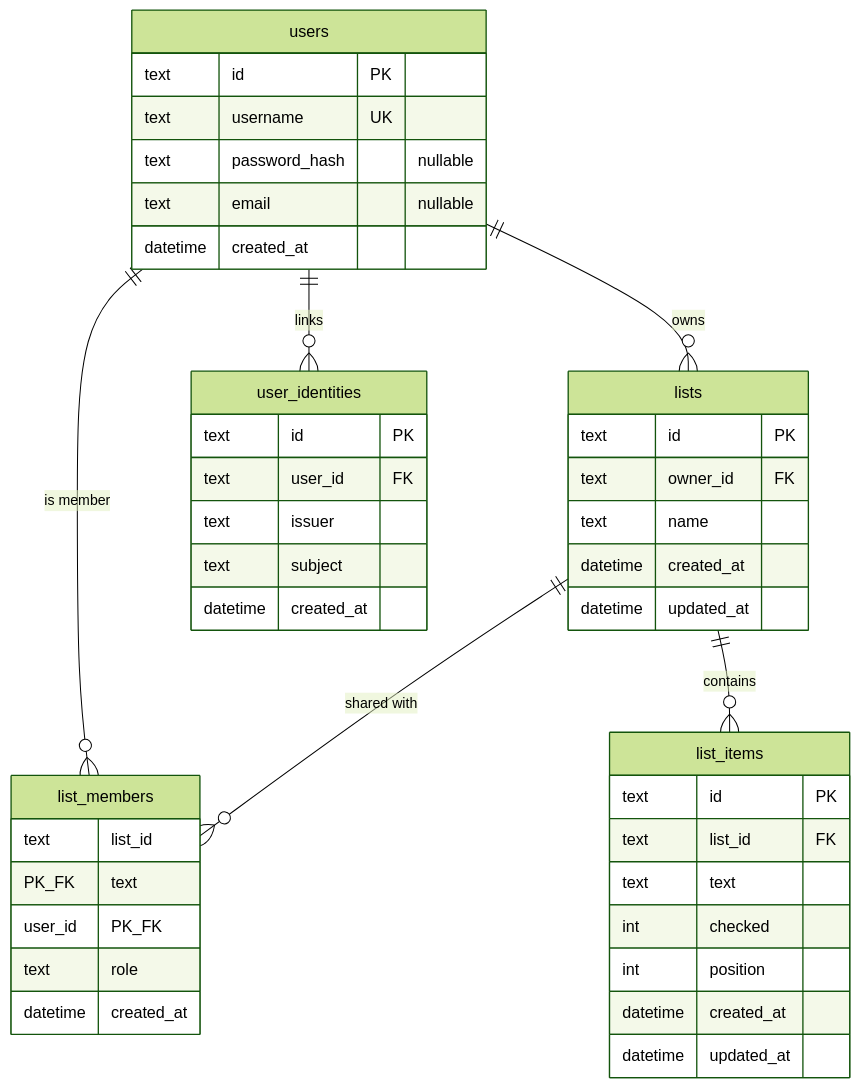
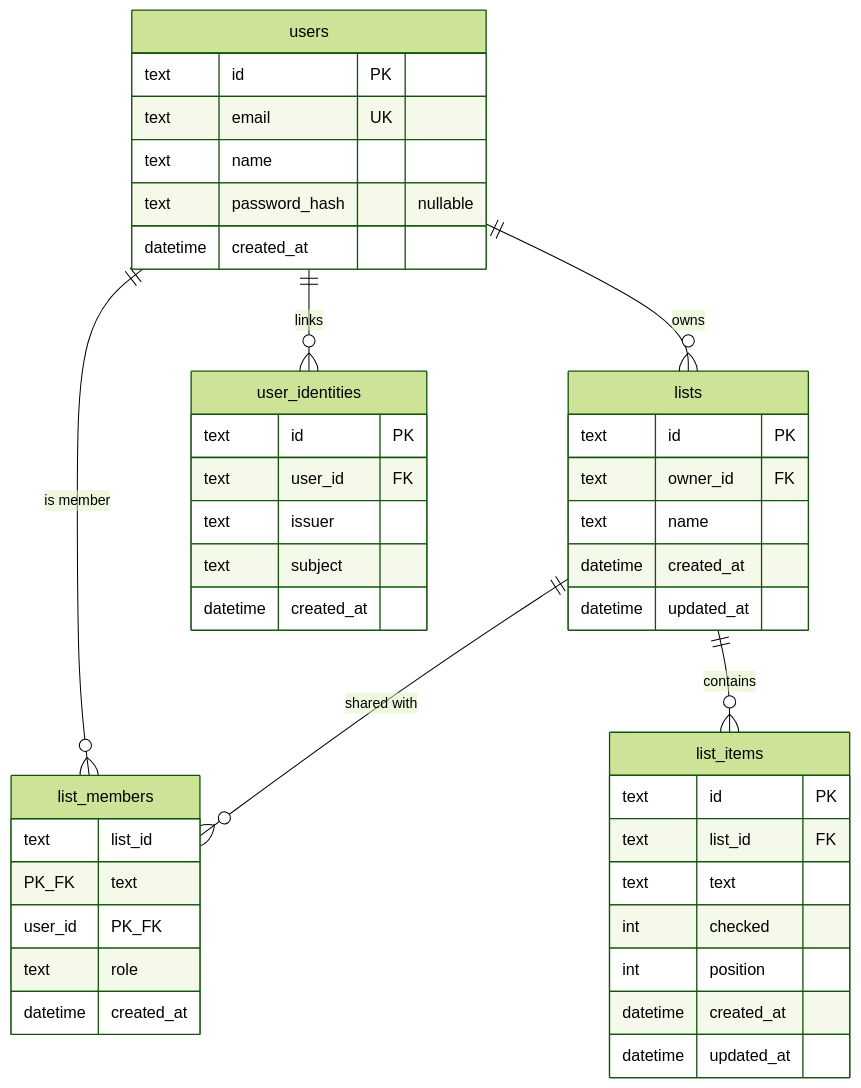
Before and after one commit to Xeiverse/Genesis-Lists: the diagram in docs/03-data-model.md, drawn with Mermaid (forest theme). The commit also changed other lines of this file and 14 other files, not shown here.

````diff
--- a/docs/03-data-model.md
+++ b/docs/03-data-model.md
@@ -5,44 +5,44 @@
 ```mermaid
 erDiagram
   users ||--o{ lists : owns
   users ||--o{ user_identities : links
   users ||--o{ list_members : "is member"
   lists ||--o{ list_members : "shared with"
   lists ||--o{ list_items : contains
   users {
     text id PK
-    text username UK
+    text email UK
+    text name
     text password_hash "nullable"
-    text email "nullable"
     datetime created_at
   }
   user_identities {
     text id PK
     text user_id FK
     text issuer
     text subject
     datetime created_at
   }
   lists {
     text id PK
     text owner_id FK
     text name
     datetime created_at
     datetime updated_at
   }
   list_members {
     text list_id PK_FK
     text user_id PK_FK
     text role
     datetime created_at
   }
   list_items {
     text id PK
     text list_id FK
     text text
     int checked
     int position
     datetime created_at
     datetime updated_at
   }
 ```
````
